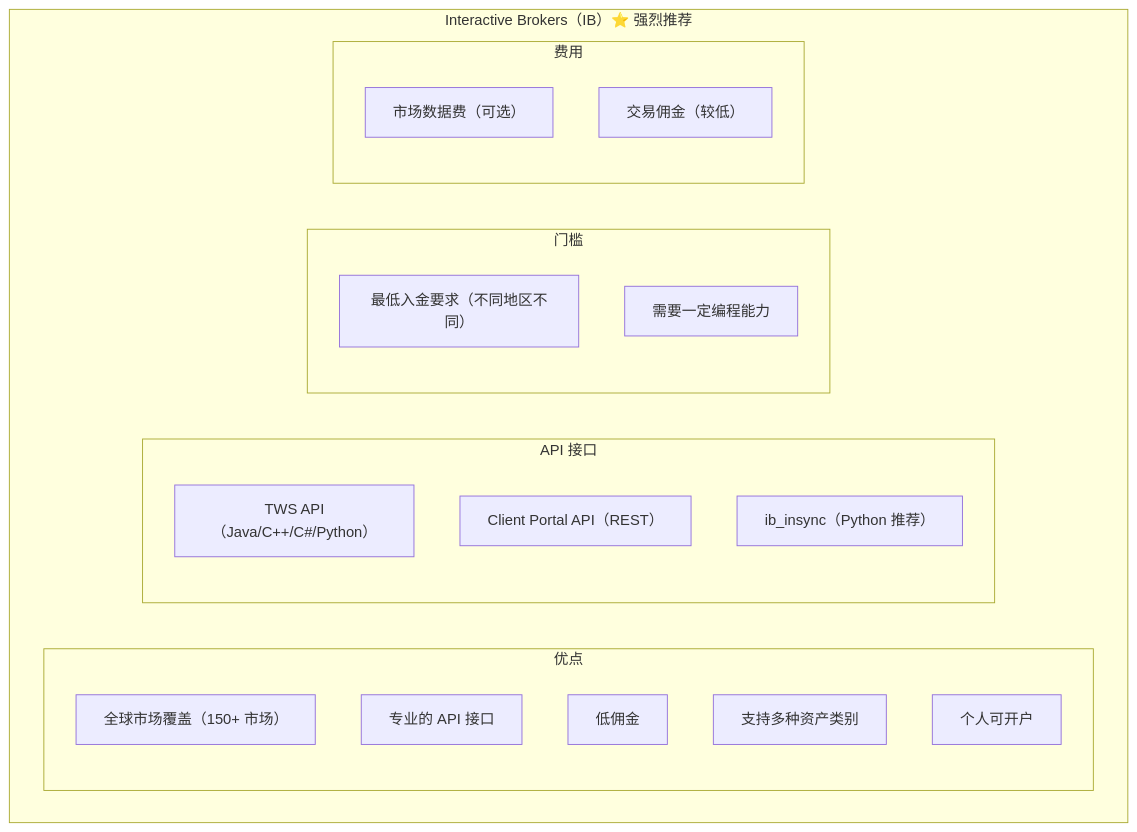
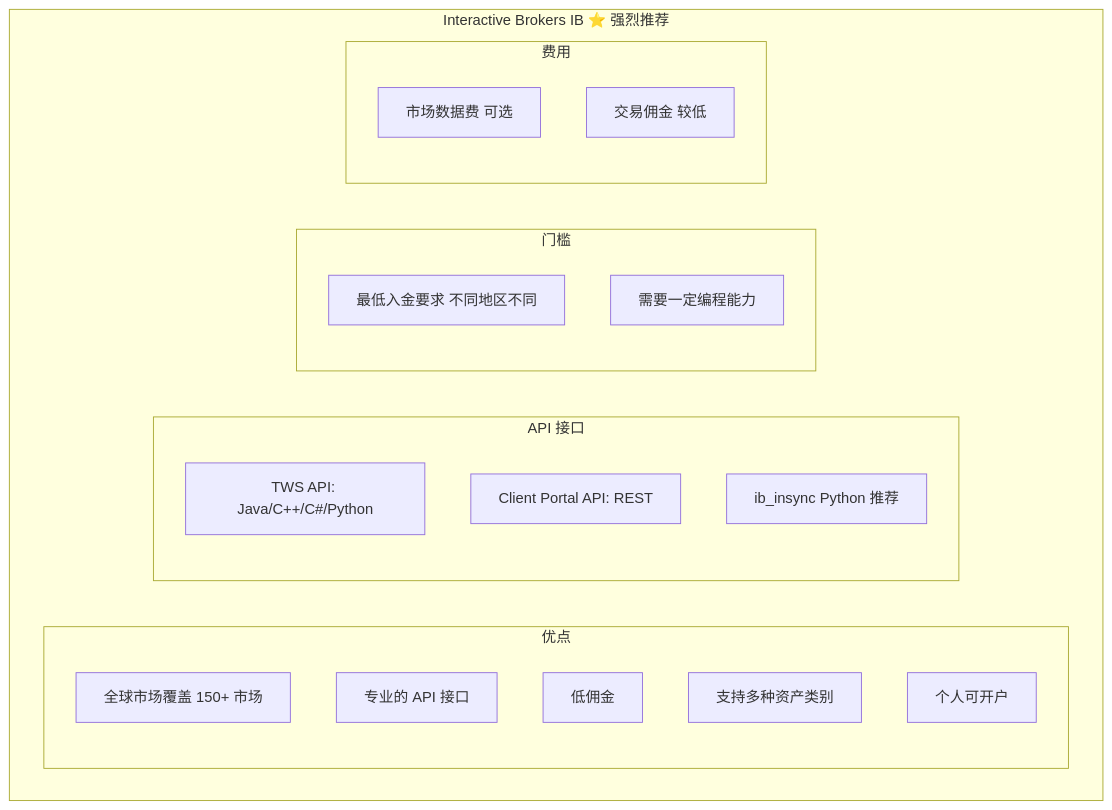
The second of 13 diagrams in content/articles/quant/quant-04-全球量化交易接口与数据.md (jpixy/jpixy.github.io), drawn with Mermaid before and after one commit. The commit also changed other lines of this file and 66 other files, not shown here.

Commit message:
fix: resolve Mermaid syntax errors by removing parentheses in node labels

````diff
--- a/content/articles/quant/quant-04-全球量化交易接口与数据.md
+++ b/content/articles/quant/quant-04-全球量化交易接口与数据.md
@@ -72,25 +72,25 @@
 ```mermaid
 graph TB
-    subgraph IB["Interactive Brokers（IB）⭐ 强烈推荐"]
+    subgraph IB["Interactive Brokers IB ⭐ 强烈推荐"]
         subgraph 优点
-            Y1["全球市场覆盖（150+ 市场）"]
+            Y1["全球市场覆盖 150+ 市场"]
             Y2["专业的 API 接口"]
             Y3["低佣金"]
             Y4["支持多种资产类别"]
             Y5["个人可开户"]
         end
         subgraph API接口["API 接口"]
-            A1["TWS API（Java/C++/C#/Python）"]
-            A2["Client Portal API（REST）"]
-            A3["ib_insync（Python 推荐）"]
+            A1["TWS API: Java/C++/C#/Python"]
+            A2["Client Portal API: REST"]
+            A3["ib_insync Python 推荐"]
         end
         subgraph 门槛
-            M1["最低入金要求（不同地区不同）"]
+            M1["最低入金要求 不同地区不同"]
             M2["需要一定编程能力"]
         end
         subgraph 费用
-            F1["市场数据费（可选）"]
-            F2["交易佣金（较低）"]
+            F1["市场数据费 可选"]
+            F2["交易佣金 较低"]
         end
     end
 ```
````
